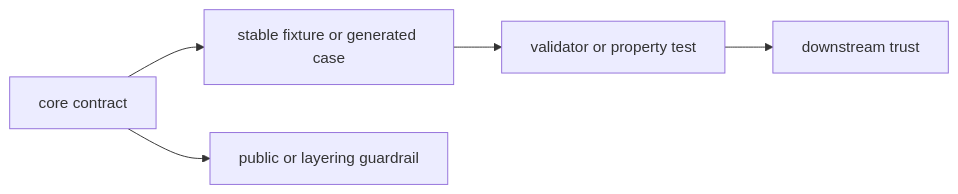
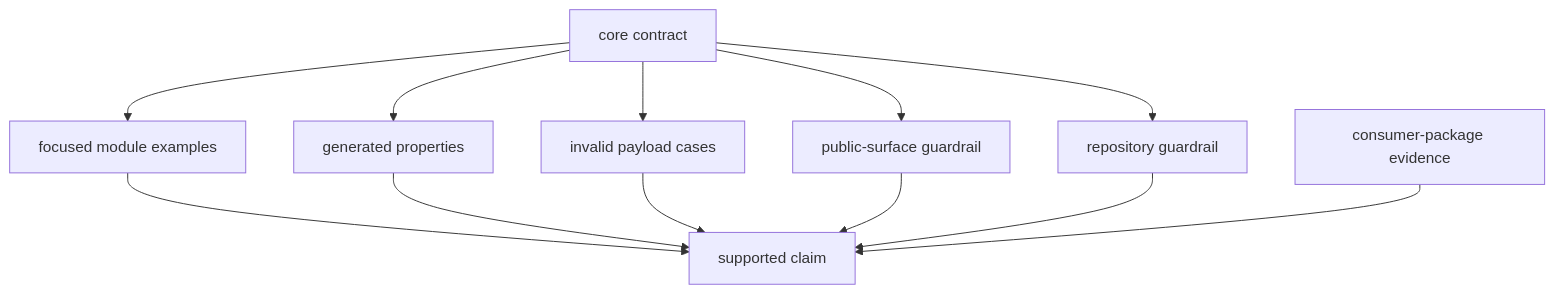
Before and after one commit to bijux/bijux-telecom: the first of 2 diagrams in crates/bijux-gnss-core/docs/TESTS.md, drawn with Mermaid. The commit also changed other lines of this file and 1 other file, not shown here.

Commit message:
docs(core): connect vocabulary to contract evidence

````diff
--- a/crates/bijux-gnss-core/docs/TESTS.md
+++ b/crates/bijux-gnss-core/docs/TESTS.md
@@ -7,13 +10,18 @@
 ```mermaid
-flowchart LR
+flowchart TD
     contract["core contract"]
-    fixture["stable fixture or generated case"]
-    validator["validator or property test"]
-    guardrail["public or layering guardrail"]
-    consumer["downstream trust"]
+    unit["focused module examples"]
+    property["generated properties"]
+    invalid["invalid payload cases"]
+    surface["public-surface guardrail"]
+    boundary["repository guardrail"]
+    downstream["consumer-package evidence"]
+    claim["supported claim"]
 
-    contract --> fixture
-    fixture --> validator
-    contract --> guardrail
-    validator --> consumer
+    contract --> unit --> claim
+    contract --> property --> claim
+    contract --> invalid --> claim
+    contract --> surface --> claim
+    contract --> boundary --> claim
+    downstream --> claim
 ```
````
